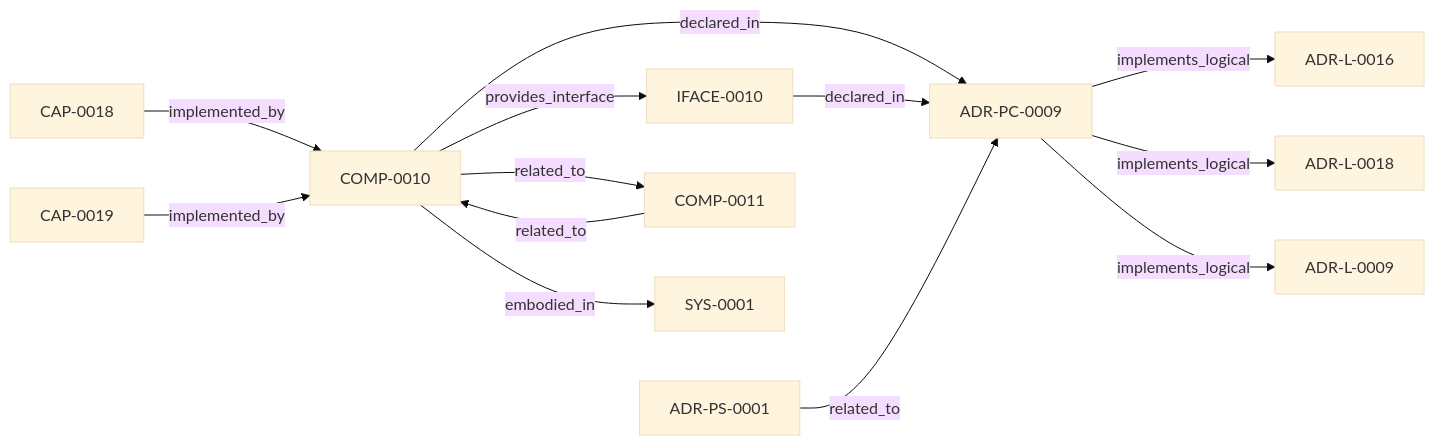
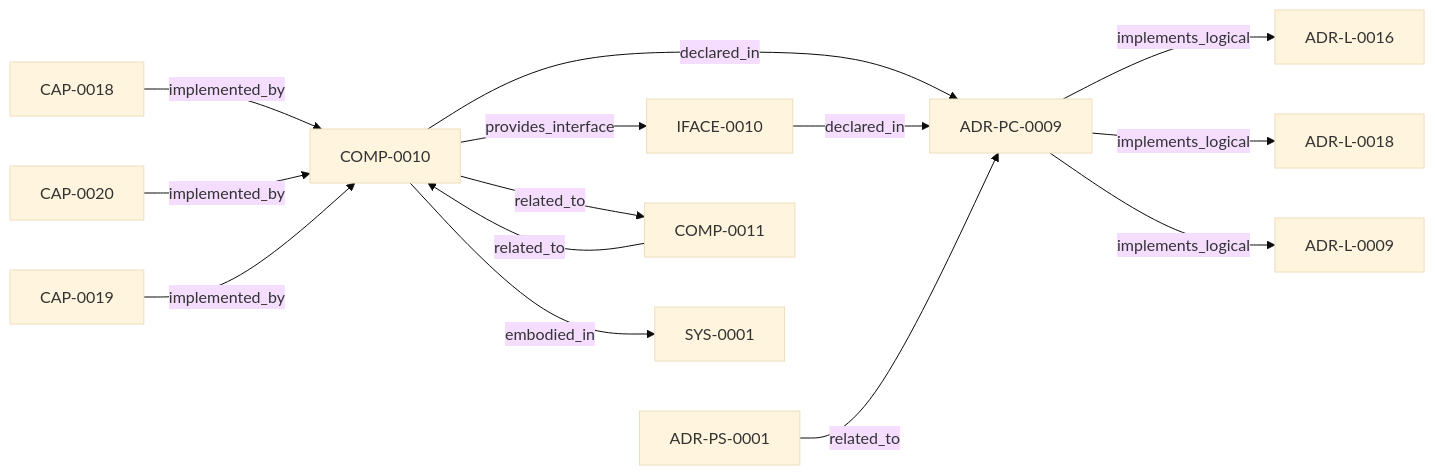
One commit to egallmann/ste-runtime changed the diagram in adrs/adr-projection/physical-component/ADR-PC-0009-workspace-graph-query-engine.md. Above: the diagram before and after it, drawn with Mermaid (base theme). The commit also changed other lines of this file and 57 other files, not shown here.

````diff
--- a/adrs/adr-projection/physical-component/ADR-PC-0009-workspace-graph-query-engine.md
+++ b/adrs/adr-projection/physical-component/ADR-PC-0009-workspace-graph-query-engine.md
@@ -54,26 +54,28 @@
 ```mermaid
 flowchart LR
   n_019ff84e_4ece_76ad_ae3e_f92bef05635a["ADR-L-0016"]
   n_019ff84e_4ece_7c3b_833e_dbdb54ed76ec["ADR-L-0018"]
   n_019ff84e_4ece_7ce3_aa17_67193bab337e["ADR-L-0009"]
   n_019ff84e_4ece_7d33_a91e_00d8638b487d["CAP-0018"]
+  n_019ff84e_4ecf_710a_ad22_93698361c72b["CAP-0020"]
   n_019ff84e_4ecf_736e_9d3d_dc19c7223122["COMP-0010"]
   n_019ff84e_4ecf_7782_a701_e052b1d0b3be["IFACE-0010"]
   n_019ff84e_4ecf_78a6_bb1c_676e50a3d97a["ADR-PS-0001"]
   n_019ff84e_4ecf_7a24_801d_7d1e708577ac["ADR-PC-0009"]
   n_019ff84e_4ecf_7ba6_ac1f_2a56af7d146c["COMP-0011"]
   n_019ff84e_4ecf_7de7_b93b_b02c6152fe2b["CAP-0019"]
   n_019ff84e_4ed0_727d_9337_e52045221df1["SYS-0001"]
   n_019ff84e_4ecf_736e_9d3d_dc19c7223122 -->|"declared_in"| n_019ff84e_4ecf_7a24_801d_7d1e708577ac
   n_019ff84e_4ecf_7782_a701_e052b1d0b3be -->|"declared_in"| n_019ff84e_4ecf_7a24_801d_7d1e708577ac
   n_019ff84e_4ecf_736e_9d3d_dc19c7223122 -->|"embodied_in"| n_019ff84e_4ed0_727d_9337_e52045221df1
   n_019ff84e_4ece_7d33_a91e_00d8638b487d -->|"implemented_by"| n_019ff84e_4ecf_736e_9d3d_dc19c7223122
+  n_019ff84e_4ecf_710a_ad22_93698361c72b -->|"implemented_by"| n_019ff84e_4ecf_736e_9d3d_dc19c7223122
   n_019ff84e_4ecf_7de7_b93b_b02c6152fe2b -->|"implemented_by"| n_019ff84e_4ecf_736e_9d3d_dc19c7223122
   n_019ff84e_4ecf_7a24_801d_7d1e708577ac -->|"implements_logical"| n_019ff84e_4ece_76ad_ae3e_f92bef05635a
   n_019ff84e_4ecf_7a24_801d_7d1e708577ac -->|"implements_logical"| n_019ff84e_4ece_7c3b_833e_dbdb54ed76ec
   n_019ff84e_4ecf_7a24_801d_7d1e708577ac -->|"implements_logical"| n_019ff84e_4ece_7ce3_aa17_67193bab337e
   n_019ff84e_4ecf_736e_9d3d_dc19c7223122 -->|"provides_interface"| n_019ff84e_4ecf_7782_a701_e052b1d0b3be
   n_019ff84e_4ecf_736e_9d3d_dc19c7223122 -->|"related_to"| n_019ff84e_4ecf_7ba6_ac1f_2a56af7d146c
   n_019ff84e_4ecf_78a6_bb1c_676e50a3d97a -->|"related_to"| n_019ff84e_4ecf_7a24_801d_7d1e708577ac
   n_019ff84e_4ecf_7ba6_ac1f_2a56af7d146c -->|"related_to"| n_019ff84e_4ecf_736e_9d3d_dc19c7223122
 ```
````
